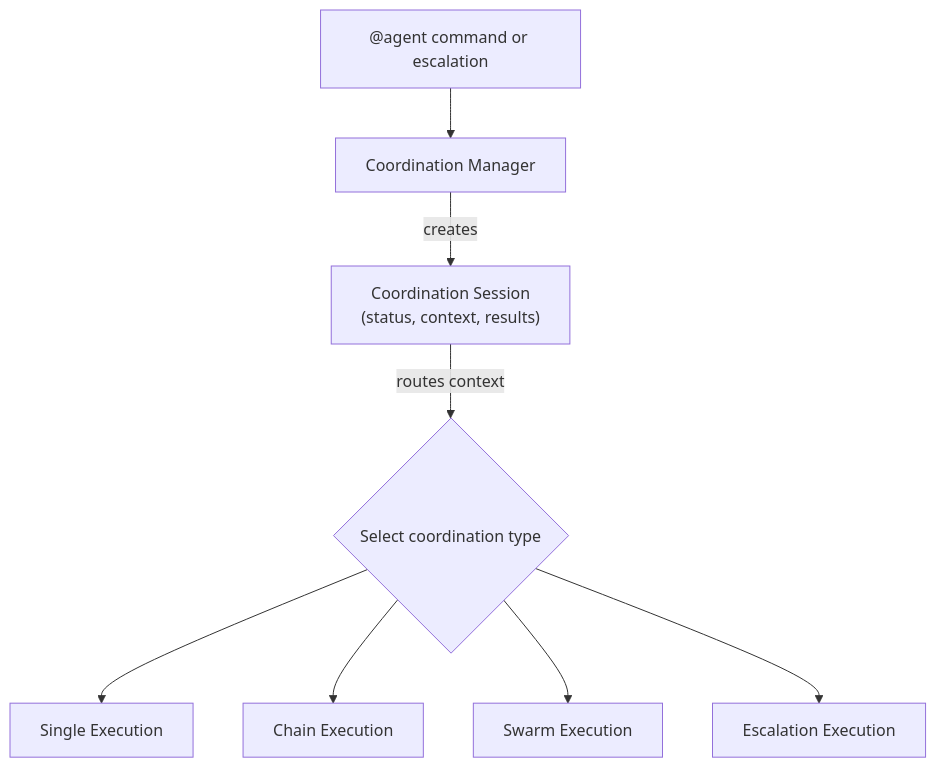
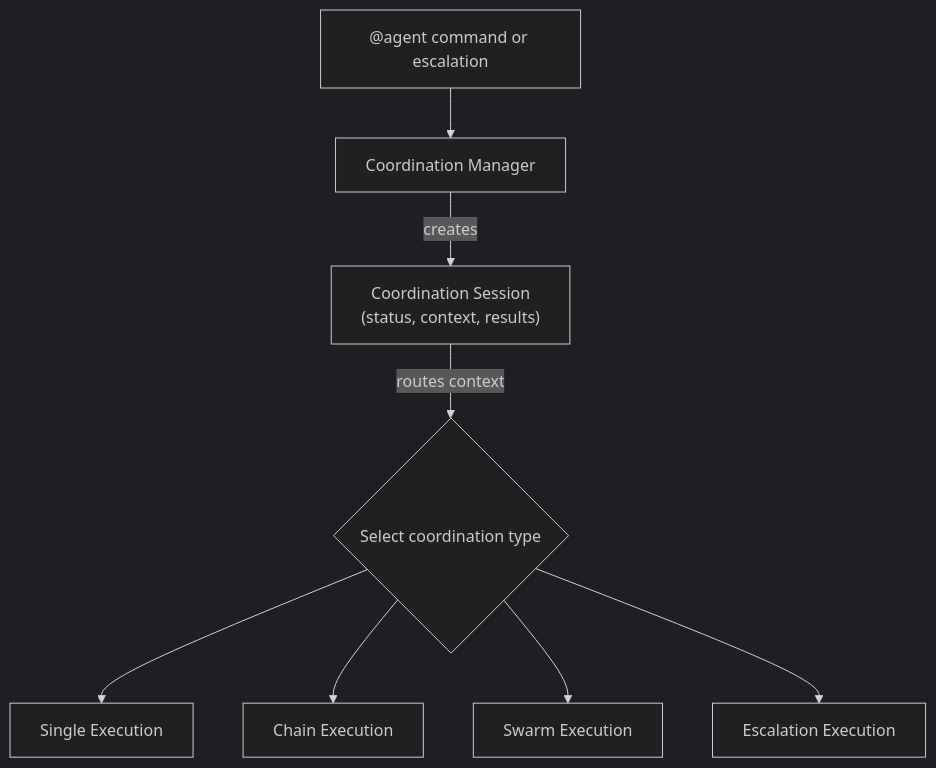
Before and after one commit to Alextorelli/ProspectPro: the diagram in docs/tooling/end-state/coordination-overview-flow.mmd, drawn with Mermaid. The commit also changed 8 other files, not shown here.

Commit message:
chore: standardize theme initialization syntax in diagram files and update last generated timestamp in documentation

```diff
--- a/docs/tooling/end-state/coordination-overview-flow.mmd
+++ b/docs/tooling/end-state/coordination-overview-flow.mmd
@@ -1,18 +1,18 @@
-%%{init: {\'theme\': \'dark\'}}%%
+%%{init: {'theme': 'dark'}}%%
 flowchart TD
     AgentRequest["@agent command or escalation"]
     CoordinationManager["Coordination Manager"]
     CoordinationSession["Coordination Session\n(status, context, results)"]
     TypeRouter{"Select coordination type"}
     SingleExec["Single Execution"]
     ChainExec["Chain Execution"]
     SwarmExec["Swarm Execution"]
     EscalationExec["Escalation Execution"]
 
     AgentRequest --> CoordinationManager
     CoordinationManager -->|creates| CoordinationSession
     CoordinationSession -->|routes context| TypeRouter
     TypeRouter --> SingleExec
     TypeRouter --> ChainExec
     TypeRouter --> SwarmExec
     TypeRouter --> EscalationExec
```
